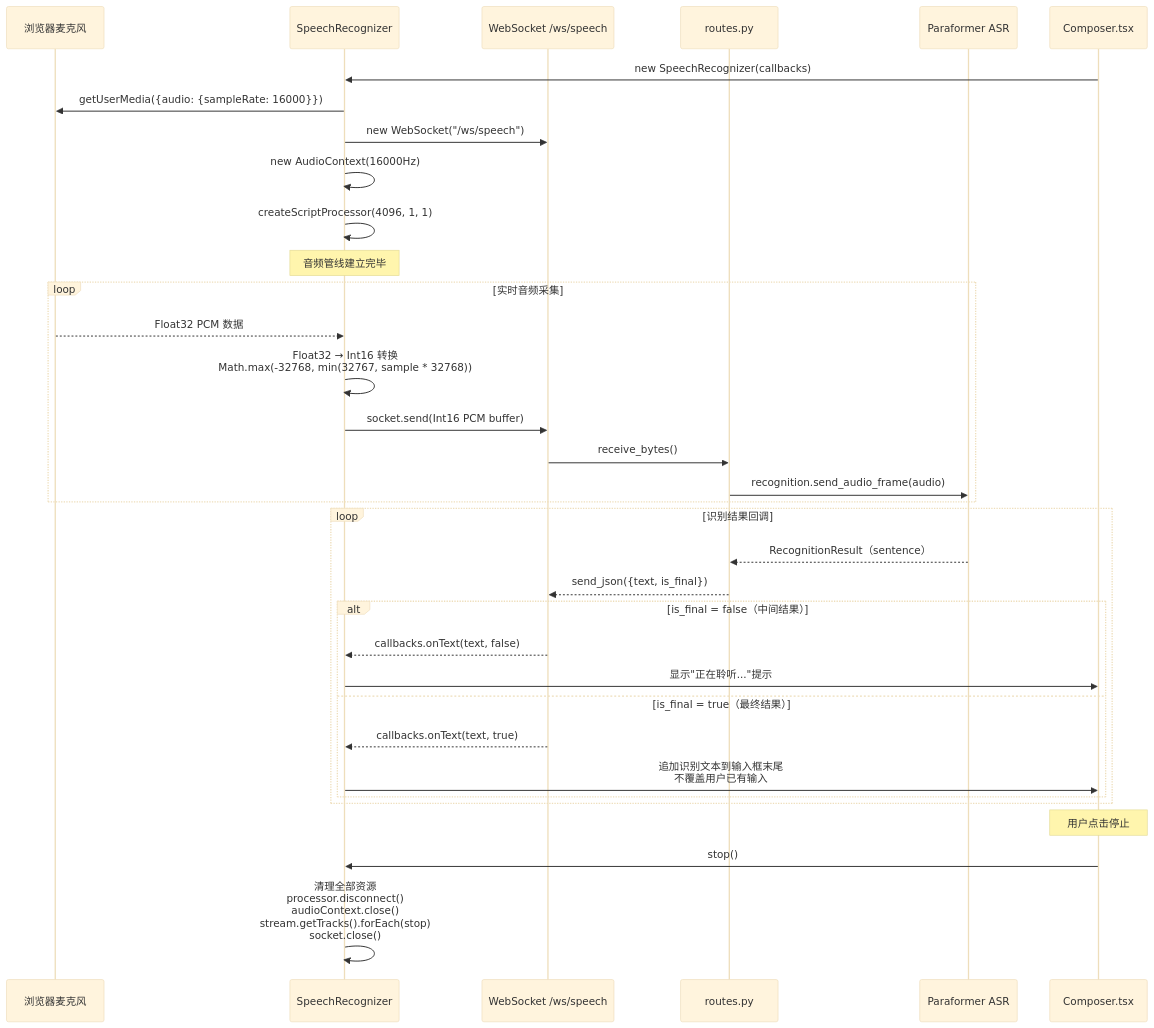
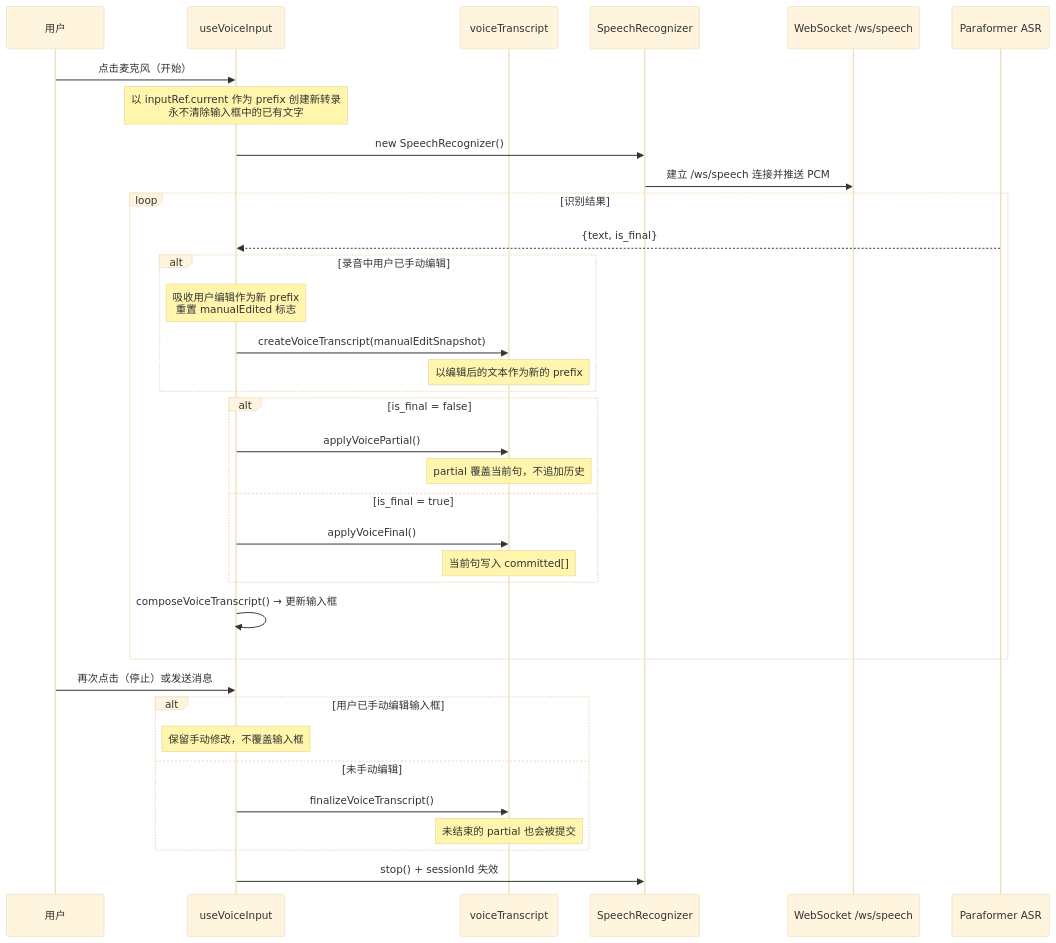
One commit to Ailoc/datamedic changed the eighth of 10 diagrams in README.md. Above: the diagram before and after it, drawn with Mermaid (base theme). The commit also changed other lines of this file and 11 other files, not shown here.

````diff
--- a/README.md
+++ b/README.md
@@ -568,42 +572,40 @@
 ```mermaid
 sequenceDiagram
-    participant Mic as 浏览器麦克风
+    participant User as 用户
+    participant Hook as useVoiceInput
+    participant VT as voiceTranscript
     participant SR as SpeechRecognizer
     participant WS as WebSocket /ws/speech
-    participant FastAPI as routes.py
     participant DashScope as Paraformer ASR
-    participant Composer as Composer.tsx
 
-    Composer->>SR: new SpeechRecognizer(callbacks)
-    SR->>Mic: getUserMedia({audio: {sampleRate: 16000}})
-    SR->>WS: new WebSocket("/ws/speech")
-    SR->>SR: new AudioContext(16000Hz)
-    SR->>SR: createScriptProcessor(4096, 1, 1)
+    User->>Hook: 点击麦克风（开始）
+    Note over Hook: 以 inputRef.current 作为 prefix 创建新转录<br/>永不清除输入框中的已有文字
+    Hook->>SR: new SpeechRecognizer()
+    SR->>WS: 建立 /ws/speech 连接并推送 PCM
 
-    Note over SR: 音频管线建立完毕
-
-    loop 实时音频采集
-        Mic-->>SR: Float32 PCM 数据
-        SR->>SR: Float32 → Int16 转换<br/>Math.max(-32768, min(32767, sample * 32768))
-        SR->>WS: socket.send(Int16 PCM buffer)
-        WS->>FastAPI: receive_bytes()
-        FastAPI->>DashScope: recognition.send_audio_frame(audio)
+    loop 识别结果
+        DashScope-->>Hook: {text, is_final}
+        alt 录音中用户已手动编辑
+            Note over Hook: 吸收用户编辑作为新 prefix<br/>重置 manualEdited 标志
+            Hook->>VT: createVoiceTranscript(manualEditSnapshot)
+            Note over VT: 以编辑后的文本作为新的 prefix
+        end
+        alt is_final = false
+            Hook->>VT: applyVoicePartial()
+            Note over VT: partial 覆盖当前句，不追加历史
+        else is_final = true
+            Hook->>VT: applyVoiceFinal()
+            Note over VT: 当前句写入 committed[]
+        end
+        Hook->>Hook: composeVoiceTranscript() → 更新输入框
     end
 
-    loop 识别结果回调
-        DashScope-->>FastAPI: RecognitionResult（sentence）
-        FastAPI-->>WS: send_json({text, is_final})
-
-        alt is_final = false（中间结果）
-            WS-->>SR: callbacks.onText(text, false)
-            SR->>Composer: 显示"正在聆听..."提示
-        else is_final = true（最终结果）
-            WS-->>SR: callbacks.onText(text, true)
-            SR->>Composer: 追加识别文本到输入框末尾<br/>不覆盖用户已有输入
-        end
+    User->>Hook: 再次点击（停止）或发送消息
+    alt 用户已手动编辑输入框
+        Note over Hook: 保留手动修改，不覆盖输入框
+    else 未手动编辑
+        Hook->>VT: finalizeVoiceTranscript()
+        Note over VT: 未结束的 partial 也会被提交
     end
-
-    Note over Composer: 用户点击停止
-    Composer->>SR: stop()
-    SR->>SR: 清理全部资源<br/>processor.disconnect()<br/>audioContext.close()<br/>stream.getTracks().forEach(stop)<br/>socket.close()
+    Hook->>SR: stop() + sessionId 失效
 ```
````
